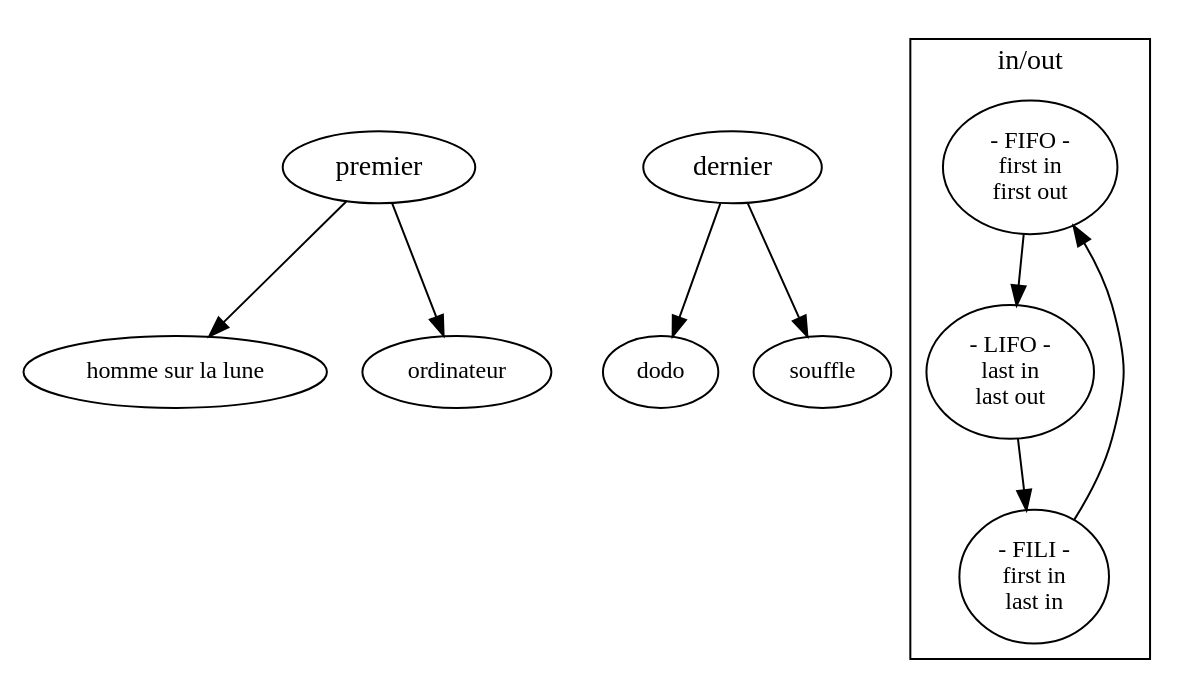
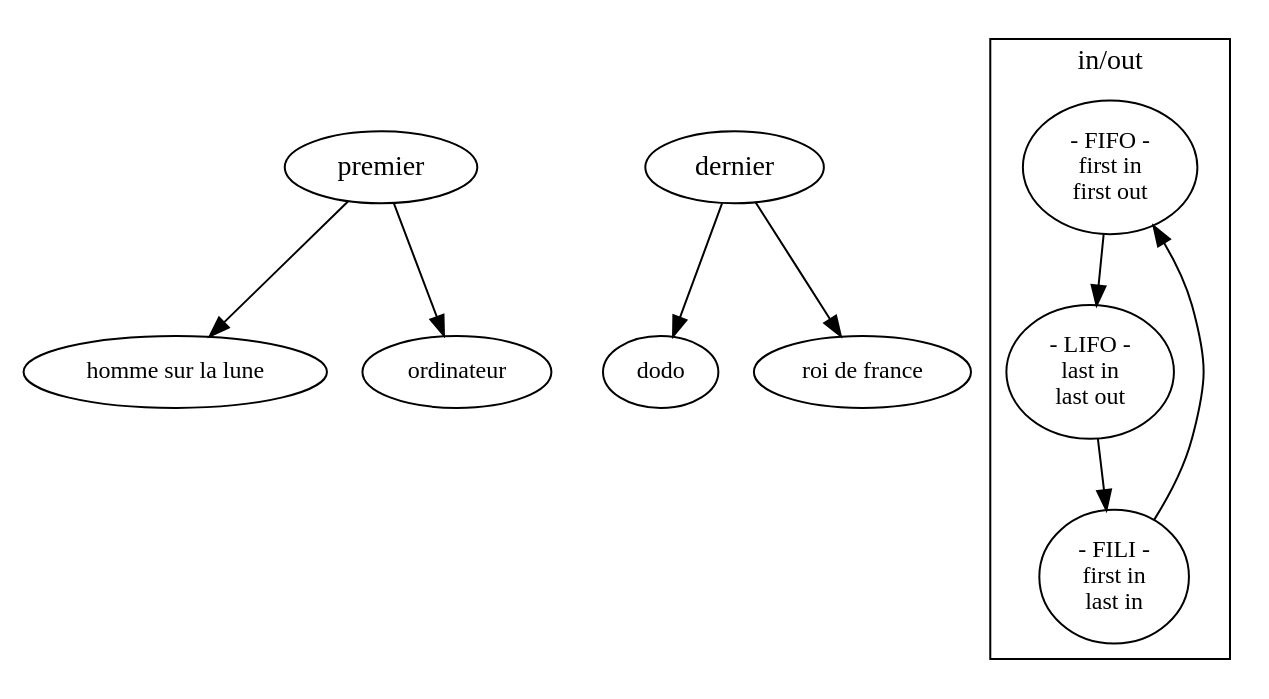
The diagram in sujet.dot (ensad-nancy/first-last), drawn with Graphviz before and after one commit.

Commit message:
+	last -> "roi de france"

```diff
--- a/sujet.dot
+++ b/sujet.dot
@@ -1,29 +1,29 @@
 digraph {
 
 	first [label="premier"]
 	last [label="dernier"]
 	
 	fontname="myriadpro"
 	fontsize = 14
 	
 	node [fontname="myriadpro", fontsize = 12]
 	edge [fontname="monaco", fontsize = 10]
 
 	first -> "homme sur la lune"
 	first -> "ordinateur"
 	
 	last -> dodo
-	last -> souffle
+	last -> "roi de france"
 
 	subgraph cluster_FO{
 	
 		label="in/out"
 		
 		FIFO [label="- FIFO -\nfirst in\nfirst out"]
 		LIFO [label="- LIFO -\nlast in\nlast out"]
 		FILI [label="- FILI -\nfirst in\n last in"]
 
 		FILI -> FIFO -> LIFO -> FILI
 	}
 	
 }
```
